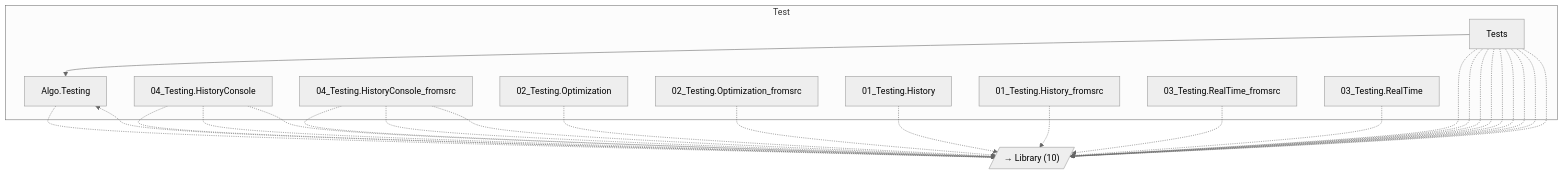
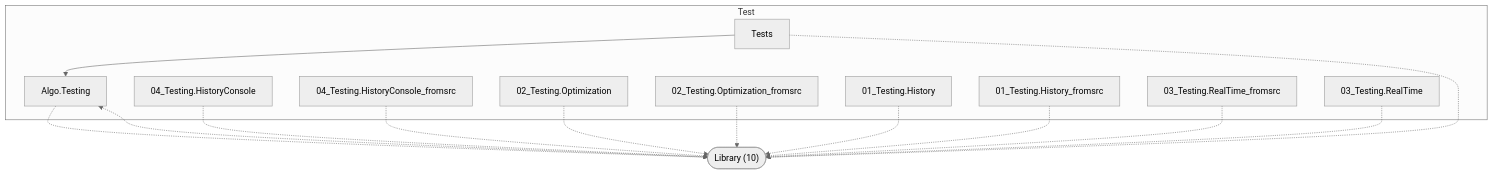
One commit to GanizaniSitara/tools-static-analysis changed the diagram in output-stocksharp/diagrams/category-test.mmd. Above: the diagram before and after it, drawn with Mermaid (neutral theme). The commit also changed 37 other files, not shown here.

First line of the commit message:
Fix Mermaid syntax error and add zoom controls to viewer

```diff
--- a/output-stocksharp/diagrams/category-test.mmd
+++ b/output-stocksharp/diagrams/category-test.mmd
@@ -1,38 +1,26 @@
 graph TD
     subgraph test["Test"]
         StockSharp_Algo_Testing["Algo.Testing"]
         StockSharp_Tests["Tests"]
         StockSharp_04_Testing_HistoryConsole["04_Testing.HistoryConsole"]
         StockSharp_04_Testing_HistoryConsole_fromsrc["04_Testing.HistoryConsole_fromsrc"]
         StockSharp_02_Testing_Optimization["02_Testing.Optimization"]
         StockSharp_02_Testing_Optimization_fromsrc["02_Testing.Optimization_fromsrc"]
         StockSharp_01_Testing_History["01_Testing.History"]
         StockSharp_01_Testing_History_fromsrc["01_Testing.History_fromsrc"]
         StockSharp_03_Testing_RealTime_fromsrc["03_Testing.RealTime_fromsrc"]
         StockSharp_03_Testing_RealTime["03_Testing.RealTime"]
     end
-    ext_library[/"→ Library (10)"/]
+    ext_library(["Library (10)"])
     StockSharp_Tests --> StockSharp_Algo_Testing
     StockSharp_Algo_Testing -.-> ext_library
     StockSharp_Tests -.-> ext_library
-    StockSharp_Tests -.-> ext_library
-    StockSharp_Tests -.-> ext_library
-    StockSharp_Tests -.-> ext_library
-    StockSharp_Tests -.-> ext_library
-    StockSharp_Tests -.-> ext_library
-    StockSharp_Tests -.-> ext_library
-    StockSharp_Tests -.-> ext_library
-    StockSharp_Tests -.-> ext_library
     ext_library -.-> StockSharp_Algo_Testing
     StockSharp_04_Testing_HistoryConsole -.-> ext_library
-    StockSharp_04_Testing_HistoryConsole -.-> ext_library
-    StockSharp_04_Testing_HistoryConsole -.-> ext_library
-    StockSharp_04_Testing_HistoryConsole_fromsrc -.-> ext_library
-    StockSharp_04_Testing_HistoryConsole_fromsrc -.-> ext_library
     StockSharp_04_Testing_HistoryConsole_fromsrc -.-> ext_library
     StockSharp_02_Testing_Optimization -.-> ext_library
     StockSharp_02_Testing_Optimization_fromsrc -.-> ext_library
     StockSharp_01_Testing_History -.-> ext_library
     StockSharp_01_Testing_History_fromsrc -.-> ext_library
     StockSharp_03_Testing_RealTime_fromsrc -.-> ext_library
     StockSharp_03_Testing_RealTime -.-> ext_library
```
